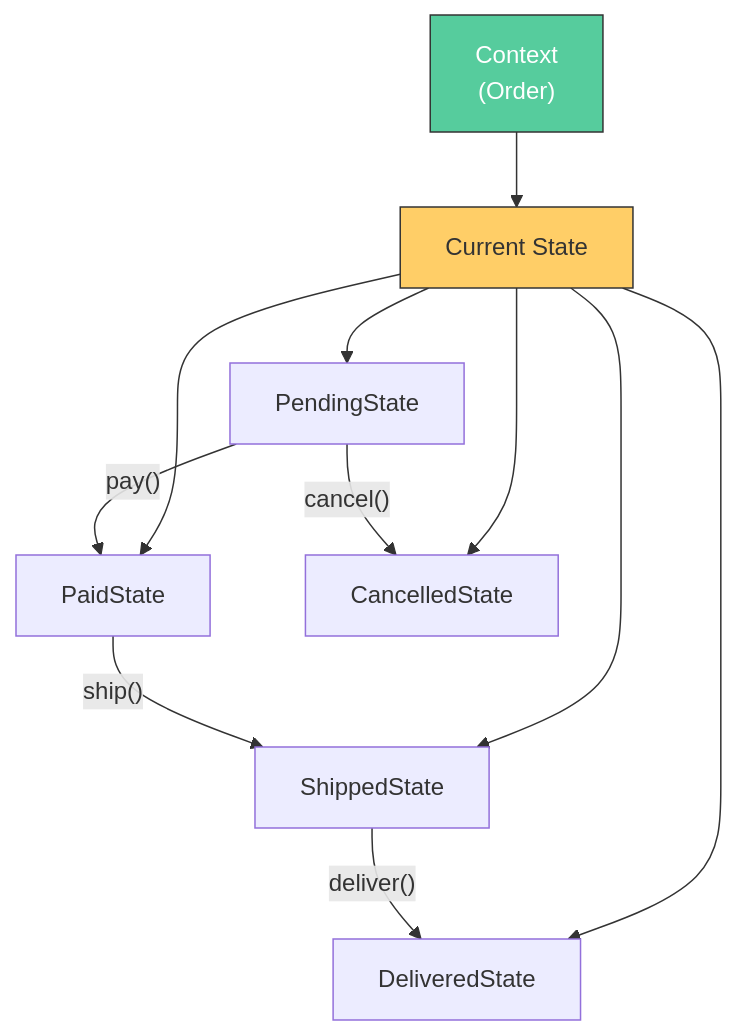
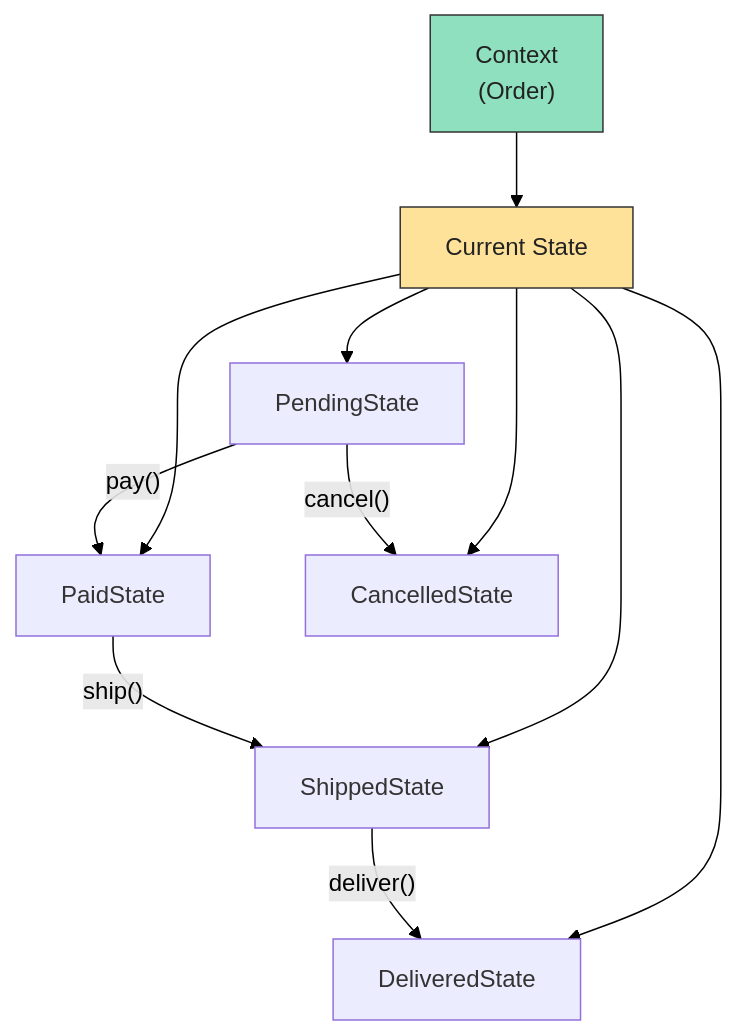
The fourth of 10 diagrams in posts/design-pattern/Design-Pattern-Interview-QA-2.qmd (tanquangduong/tanquangduong.github.io), drawn with Mermaid before and after one commit. The commit also changed other lines of this file and 204 other files, not shown here.

````diff
--- a/posts/design-pattern/Design-Pattern-Interview-QA-2.qmd
+++ b/posts/design-pattern/Design-Pattern-Interview-QA-2.qmd
@@ -540,18 +543,19 @@
 ```{mermaid}
 graph TD
+    linkStyle default stroke:#000,color:#000
     CONTEXT["Context<br/>(Order)"]
     CONTEXT --> STATE["Current State"]
     STATE --> S1["PendingState"]
     STATE --> S2["PaidState"]
     STATE --> S3["ShippedState"]
     STATE --> S4["DeliveredState"]
     STATE --> S5["CancelledState"]
 
     S1 -->|"pay()"| S2
     S2 -->|"ship()"| S3
     S3 -->|"deliver()"| S4
     S1 -->|"cancel()"| S5
 
-    style CONTEXT fill:#56cc9d,stroke:#333,color:#fff
-    style STATE fill:#ffce67,stroke:#333
+    style CONTEXT fill:#8fe0bf,stroke:#333,color:#222
+    style STATE fill:#ffe29a,stroke:#333,color:#222
 ```
````
